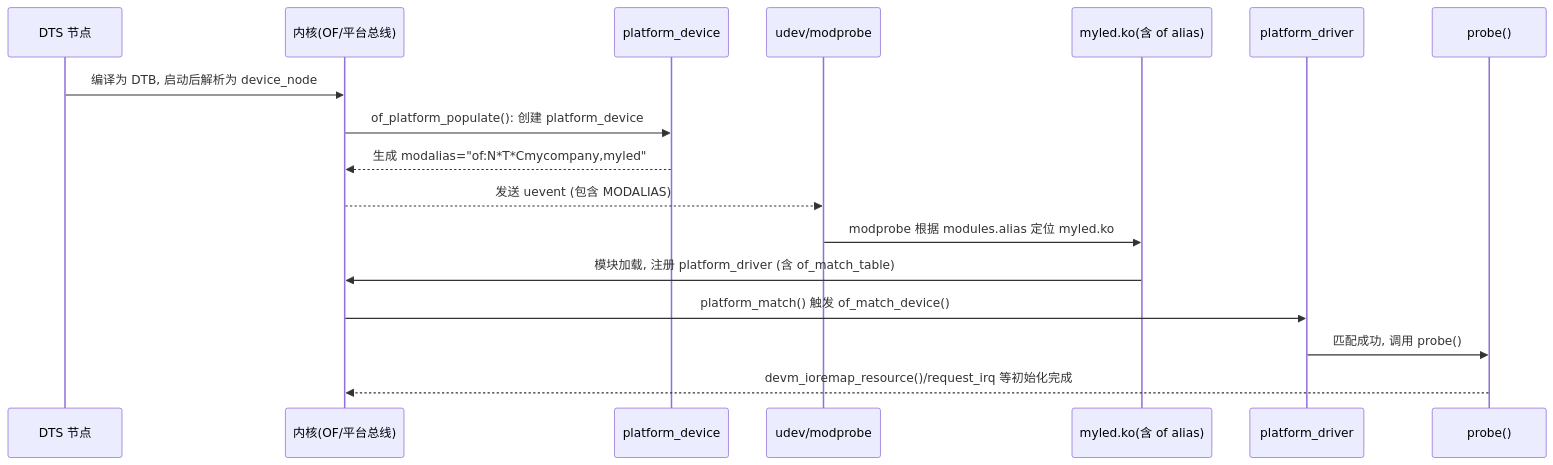
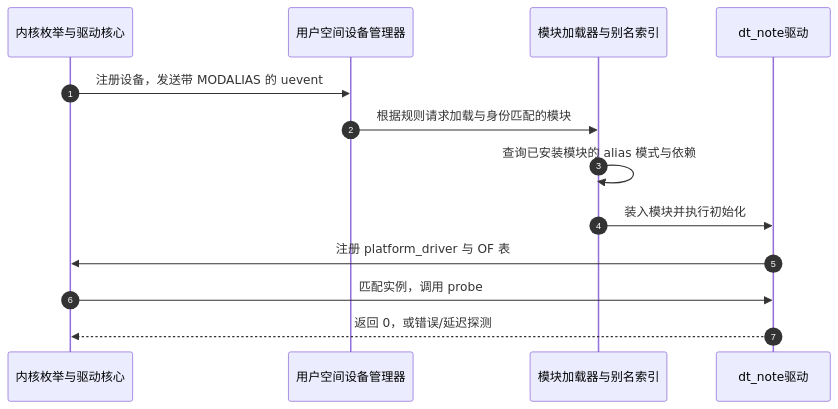
Before and after one commit to FormingSystem/linux_note: the third of 3 diagrams in knowledge/driver_model/device_tree/设备树+platform开发/P02_设备树驱动开发方式.md, drawn with Mermaid. The commit also changed other lines of this file and 1 other file, not shown here.

First line of the commit message:
content(device_tree): 分开节点枚举资源翻译与模块加载流程

````diff
--- a/knowledge/driver_model/device_tree/设备树+platform开发/P02_设备树驱动开发方式.md
+++ b/knowledge/driver_model/device_tree/设备树+platform开发/P02_设备树驱动开发方式.md
@@ -1207,20 +243,15 @@
 ```mermaid
 sequenceDiagram
-  participant DTS as DTS 节点
-  participant Kernel as 内核(OF/平台总线)
-  participant Dev as platform_device
-  participant Udev as udev/modprobe
-  participant Mod as myled.ko(含 of alias)
-  participant Drv as platform_driver
-  participant Probe as probe()
-
-  DTS->>Kernel: 编译为 DTB, 启动后解析为 device_node
-  Kernel->>Dev: of_platform_populate(): 创建 platform_device
-  Dev-->>Kernel: 生成 modalias="of:N*T*Cmycompany,myled"
-  Kernel-->>Udev: 发送 uevent (包含 MODALIAS)
-  Udev->>Mod: modprobe 根据 modules.alias 定位 myled.ko
-  Mod->>Kernel: 模块加载, 注册 platform_driver (含 of_match_table)
-  Kernel->>Drv: platform_match() 触发 of_match_device()
-  Drv->>Probe: 匹配成功, 调用 probe()
-  Probe-->>Kernel: devm_ioremap_resource()/request_irq 等初始化完成
+    autonumber
+    participant K as 内核枚举与驱动核心
+    participant U as 用户空间设备管理器
+    participant M as 模块加载器与别名索引
+    participant D as dt_note驱动
+    K->>U: 注册设备，发送带 MODALIAS 的 uevent
+    U->>M: 根据规则请求加载与身份匹配的模块
+    M->>M: 查询已安装模块的 alias 模式与依赖
+    M->>D: 装入模块并执行初始化
+    D->>K: 注册 platform_driver 与 OF 表
+    K->>D: 匹配实例，调用 probe
+    D-->>K: 返回 0，或错误/延迟探测
 ```
````
